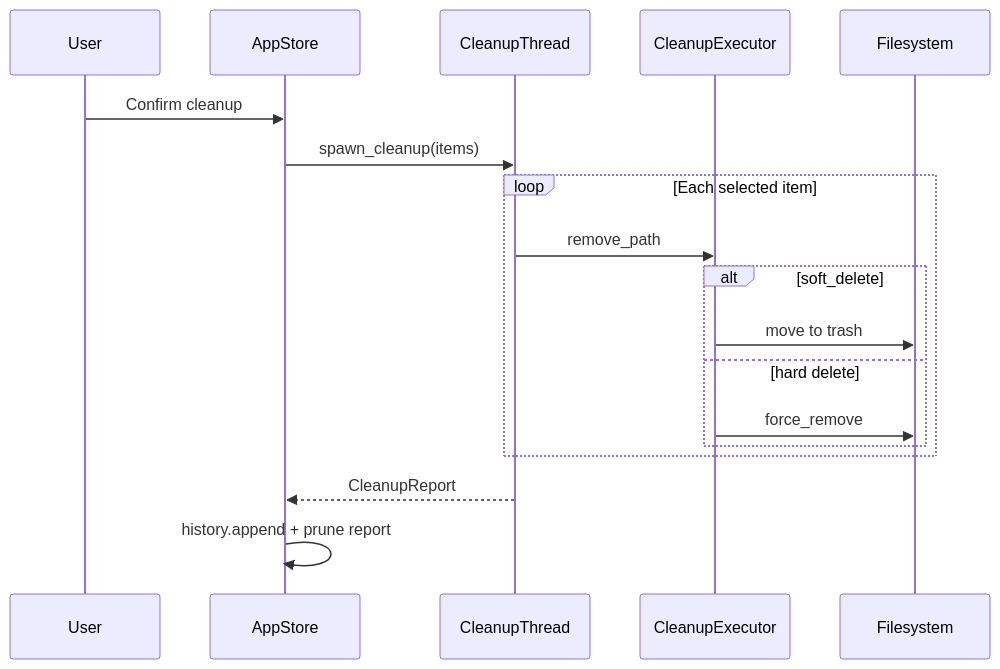
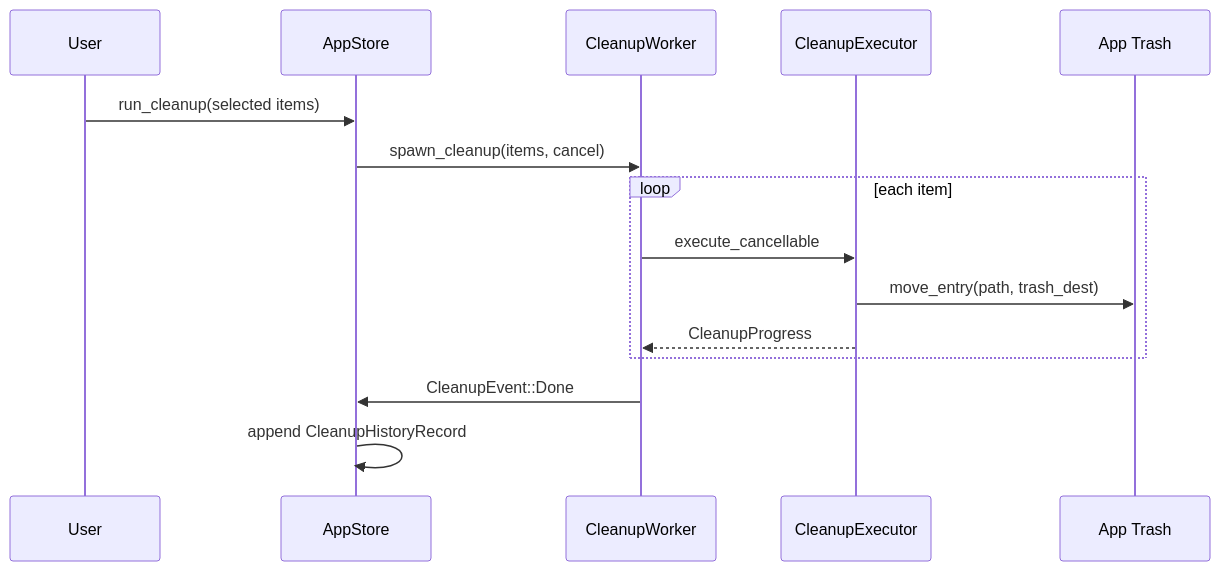
The sixth of 6 diagrams in .terrain/human/2.Architecture.md (sopaco/CLV3000-Plus), drawn with Mermaid before and after one commit. The commit also changed other lines of this file and 55 other files, not shown here.

````diff
--- a/.terrain/human/2.Architecture.md
+++ b/.terrain/human/2.Architecture.md
@@ -180,21 +169,18 @@
 ```mermaid
 sequenceDiagram
     participant User
-    participant Store as AppStore
-    participant Worker as CleanupThread
-    participant Exec as CleanupExecutor
-    participant FS as Filesystem
+    participant AppStore
+    participant CleanupWorker
+    participant Executor as CleanupExecutor
+    participant Trash as App Trash
 
-    User->>Store: Confirm cleanup
-    Store->>Worker: spawn_cleanup(items)
-    loop Each selected item
-        Worker->>Exec: remove_path
-        alt soft_delete
-            Exec->>FS: move to trash
-        else hard delete
-            Exec->>FS: force_remove
-        end
+    User->>AppStore: run_cleanup(selected items)
+    AppStore->>CleanupWorker: spawn_cleanup(items, cancel)
+    loop each item
+        CleanupWorker->>Executor: execute_cancellable
+        Executor->>Trash: move_entry(path, trash_dest)
+        Executor-->>CleanupWorker: CleanupProgress
     end
-    Worker-->>Store: CleanupReport
-    Store->>Store: history.append + prune report
+    CleanupWorker->>AppStore: CleanupEvent::Done
+    AppStore->>AppStore: append CleanupHistoryRecord
 ```
````
